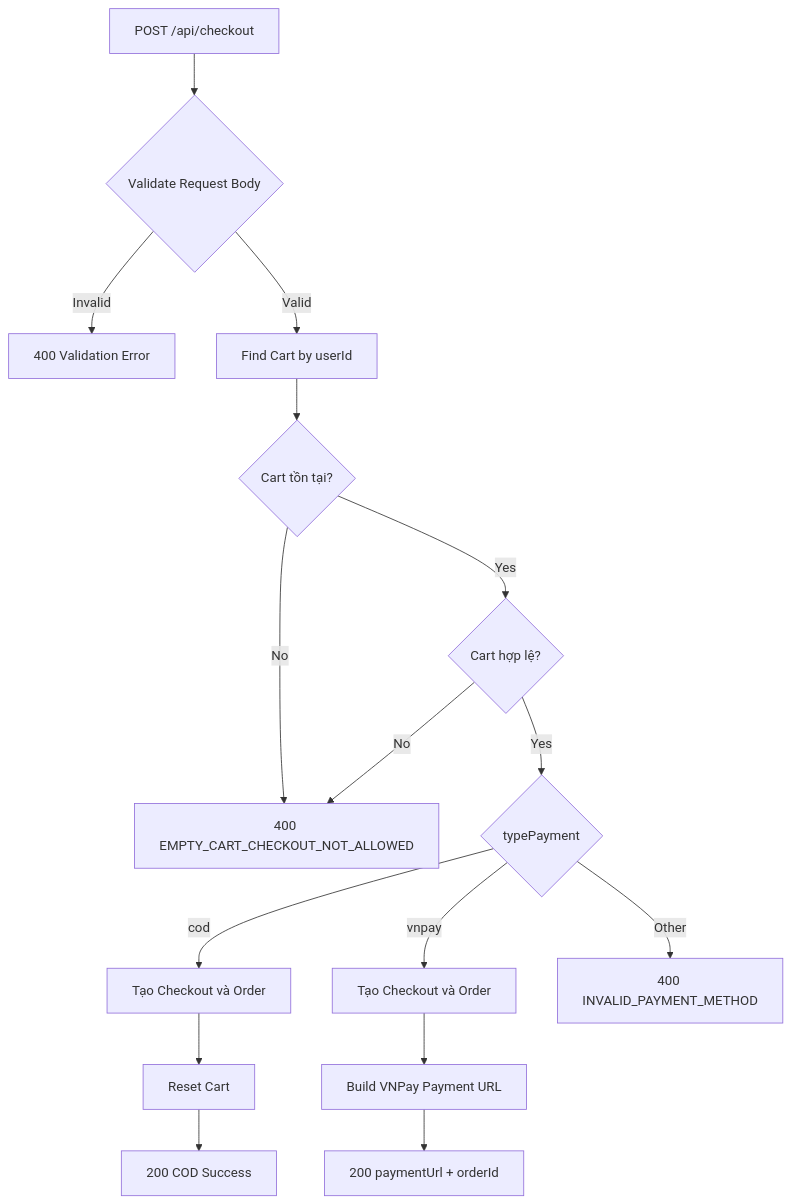
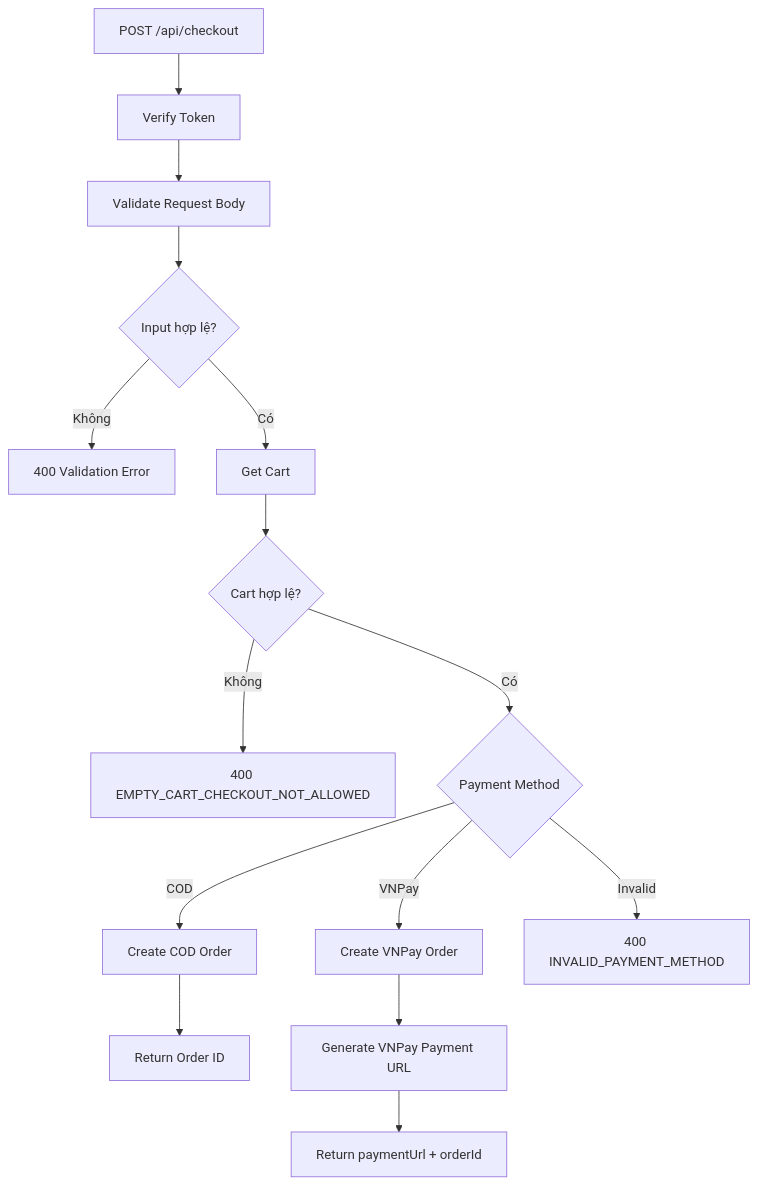
The first of 2 diagrams in Doc/Report/CHECKOUT_TEST_REPORT.md (ngthdanh05/e-commerce-web), drawn with Mermaid before and after one commit. The commit also changed other lines of this file, not shown here.

Commit message:
docs: update checkout test report

````diff
--- a/Doc/Report/CHECKOUT_TEST_REPORT.md
+++ b/Doc/Report/CHECKOUT_TEST_REPORT.md
@@ -106,25 +134,26 @@
 ```mermaid
 flowchart TD
-    A[POST /api/checkout] --> B{Validate Request Body}
+    A[POST /api/checkout] --> B[Verify Token]
+    B --> C[Validate Request Body]
 
-    B -- Invalid --> C[400 Validation Error]
-    B -- Valid --> D[Find Cart by userId]
+    C --> D{Input hợp lệ?}
 
-    D --> E{Cart tồn tại?}
+    D -- Không --> E[400 Validation Error]
 
-    E -- No --> F[400 EMPTY_CART_CHECKOUT_NOT_ALLOWED]
-    E -- Yes --> G{Cart hợp lệ?}
+    D -- Có --> F[Get Cart]
 
-    G -- No --> F
-    G -- Yes --> H{typePayment}
+    F --> G{Cart hợp lệ?}
 
-    H -- cod --> I[Tạo Checkout và Order]
-    I --> J[Reset Cart]
-    J --> K[200 COD Success]
+    G -- Không --> H[400 EMPTY_CART_CHECKOUT_NOT_ALLOWED]
 
-    H -- vnpay --> L[Tạo Checkout và Order]
-    L --> M[Build VNPay Payment URL]
-    M --> N[200 paymentUrl + orderId]
+    G -- Có --> I{Payment Method}
 
-    H -- Other --> O[400 INVALID_PAYMENT_METHOD]
+    I -- COD --> J[Create COD Order]
+    I -- VNPay --> K[Create VNPay Order]
+    I -- Invalid --> L[400 INVALID_PAYMENT_METHOD]
+
+    J --> M[Return Order ID]
+
+    K --> N[Generate VNPay Payment URL]
+    N --> O[Return paymentUrl + orderId]
 ```
````
